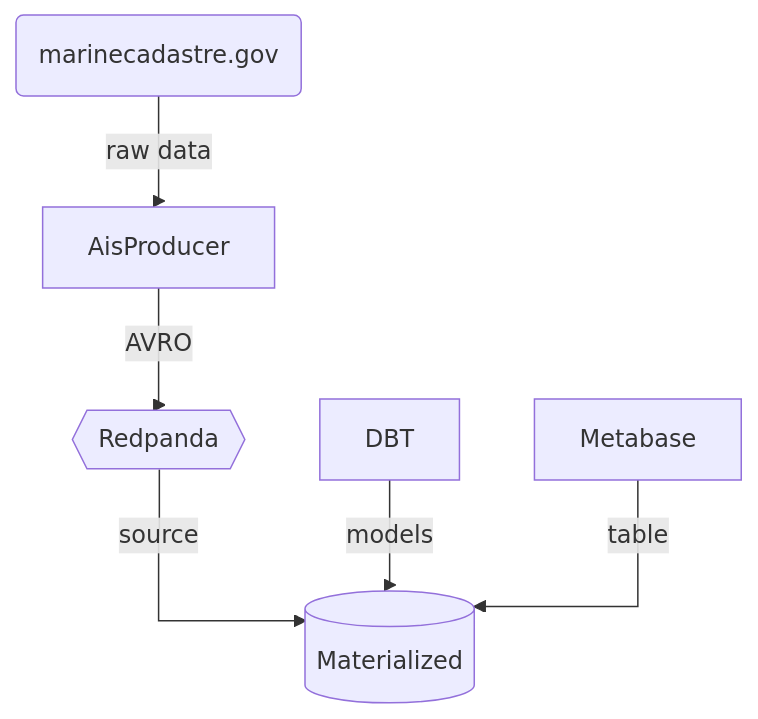
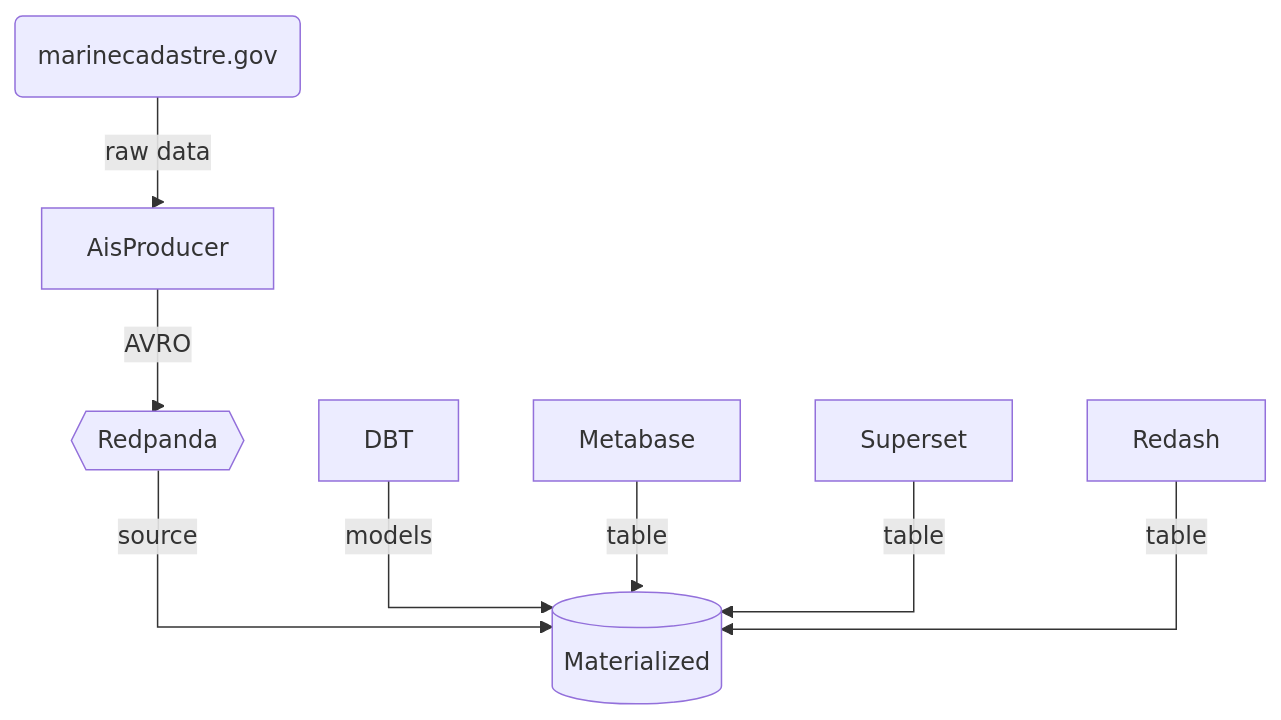
Before and after one commit to marcelmaatkamp/AisMarineCadastreDataInMetabase: the diagram in README.md, drawn with Mermaid.

Commit message:
mermaidjs

````diff
--- a/README.md
+++ b/README.md
@@ -5,9 +5,11 @@
 ```mermaid
 %%{ init: { 'flowchart': { 'curve': 'stepBefore' } } }%%
 graph TD
     marinecadastre.gov(marinecadastre.gov)-- raw data --> AisProducer
     AisProducer-- AVRO --> Redpanda{{Redpanda}}
     Redpanda-- source --> Materialized[(Materialized)]
     DBT-- models --> Materialized
     Metabase-- table -->Materialized
+    Superset-- table -->Materialized
+    Redash-- table -->Materialized
 ```
````
